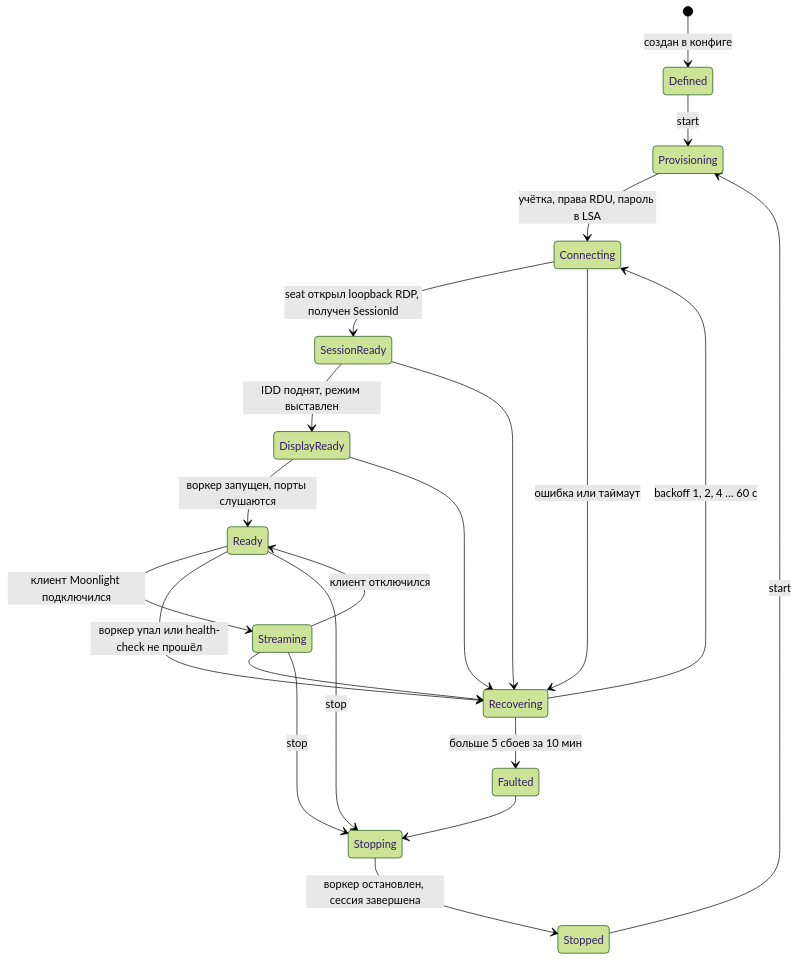
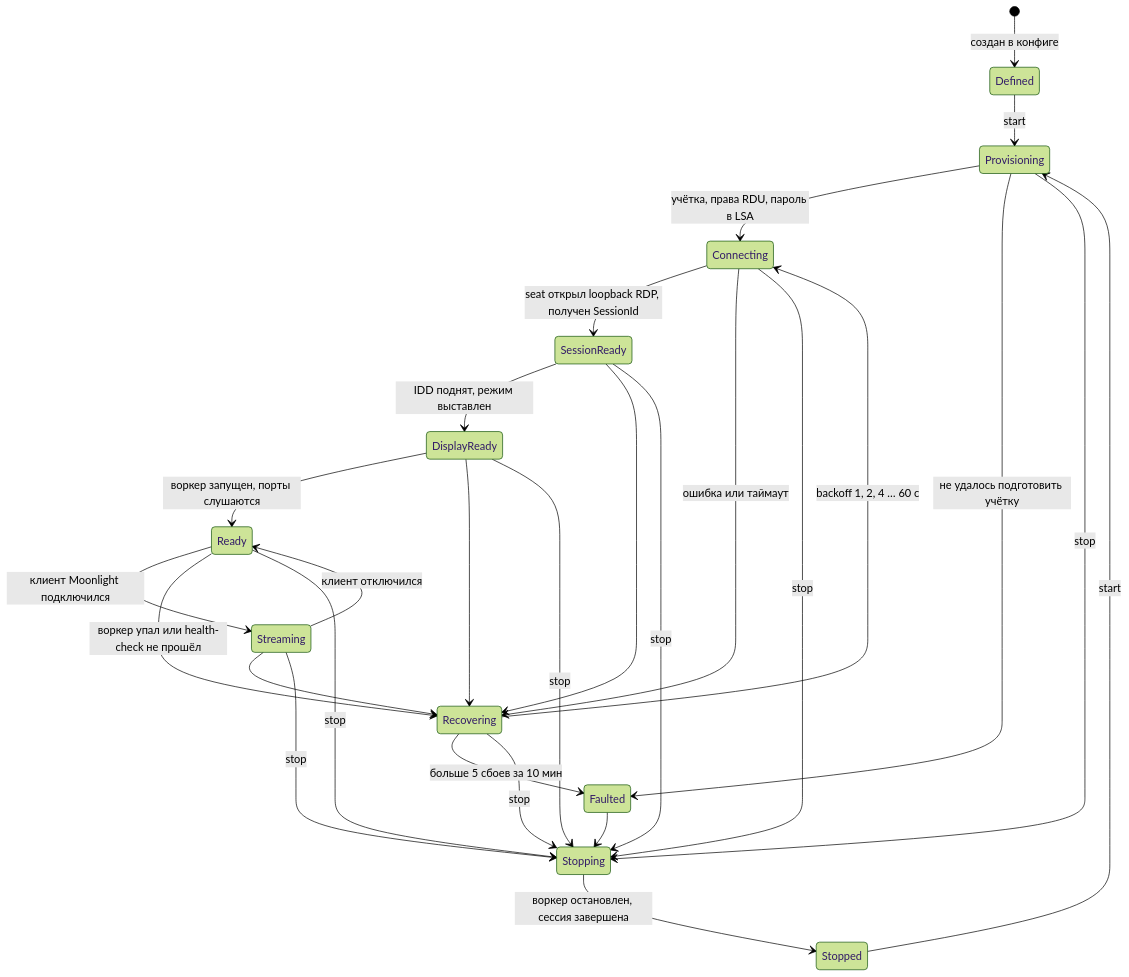
The second of 2 diagrams in docs/ARCHITECTURE.md (echojson7/SplitPlay), drawn with Mermaid (forest theme) before and after one commit. The commit also changed other lines of this file and 19 other files, not shown here.

````diff
--- a/docs/ARCHITECTURE.md
+++ b/docs/ARCHITECTURE.md
@@ -81,23 +81,29 @@
 ```mermaid
 stateDiagram-v2
   [*] --> Defined: создан в конфиге
   Defined --> Provisioning: start
   Provisioning --> Connecting: учётка, права RDU, пароль в LSA
   Connecting --> SessionReady: seat открыл loopback RDP, получен SessionId
   SessionReady --> DisplayReady: IDD поднят, режим выставлен
   DisplayReady --> Ready: воркер запущен, порты слушаются
   Ready --> Streaming: клиент Moonlight подключился
   Streaming --> Ready: клиент отключился
   Connecting --> Recovering: ошибка или таймаут
   SessionReady --> Recovering
   DisplayReady --> Recovering
   Ready --> Recovering: воркер упал или health-check не прошёл
   Streaming --> Recovering
   Recovering --> Connecting: backoff 1, 2, 4 … 60 с
   Recovering --> Faulted: больше 5 сбоев за 10 мин
+  Provisioning --> Faulted: не удалось подготовить учётку
   Ready --> Stopping: stop
   Streaming --> Stopping: stop
+  Provisioning --> Stopping: stop
+  Connecting --> Stopping: stop
+  SessionReady --> Stopping: stop
+  DisplayReady --> Stopping: stop
+  Recovering --> Stopping: stop
   Stopping --> Stopped: воркер остановлен, сессия завершена
   Faulted --> Stopping
   Stopped --> Provisioning: start
 ```
````
